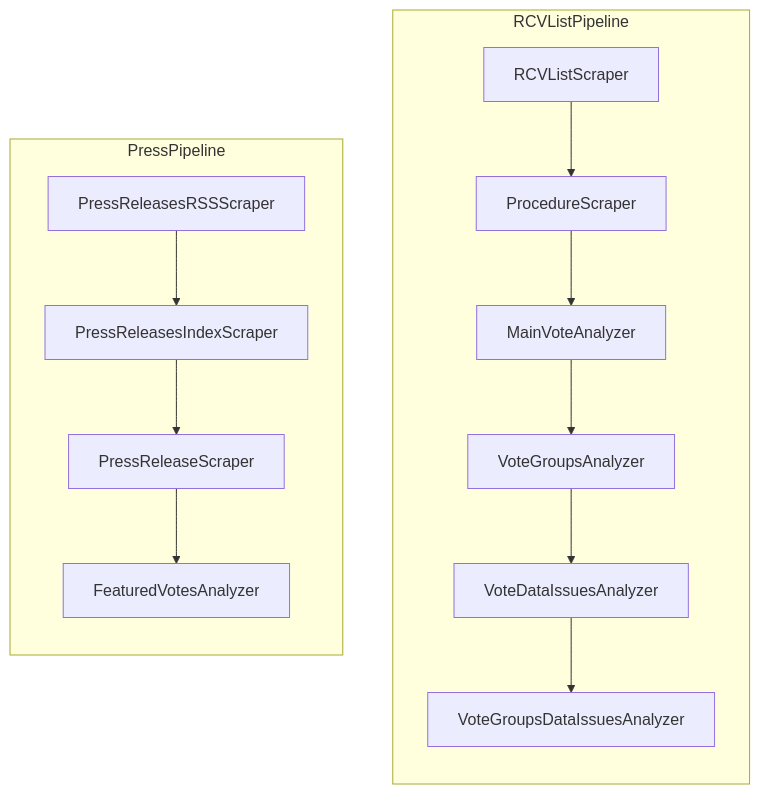
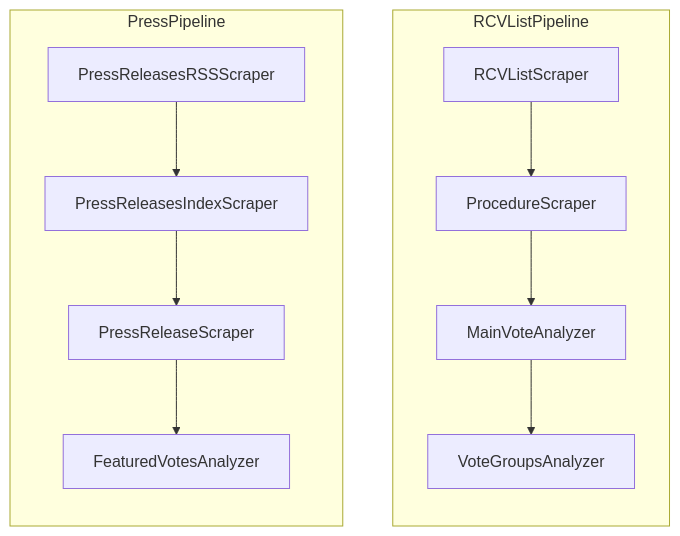
One commit to HowTheyVote/howtheyvote changed the second of 2 diagrams in docs/pipelines.md. Above: the diagram before and after it, drawn with Mermaid. The commit also changed 9 other files, not shown here.

First line of the commit message:
Remove data issues

````diff
--- a/docs/pipelines.md
+++ b/docs/pipelines.md
@@ -22,18 +22,16 @@
 ```mermaid
 flowchart TB
 subgraph "RCVListPipeline"
     direction TB
     RCVListScraper --> ProcedureScraper
     ProcedureScraper --> MainVoteAnalyzer
     MainVoteAnalyzer --> VoteGroupsAnalyzer
-    VoteGroupsAnalyzer --> VoteDataIssuesAnalyzer
-    VoteDataIssuesAnalyzer --> VoteGroupsDataIssuesAnalyzer
 end
 
 subgraph "PressPipeline"
     direction TB
     PressReleasesRSSScraper --> PressReleasesIndexScraper
     PressReleasesIndexScraper --> PressReleaseScraper
     PressReleaseScraper --> FeaturedVotesAnalyzer
 end
 ```
````
